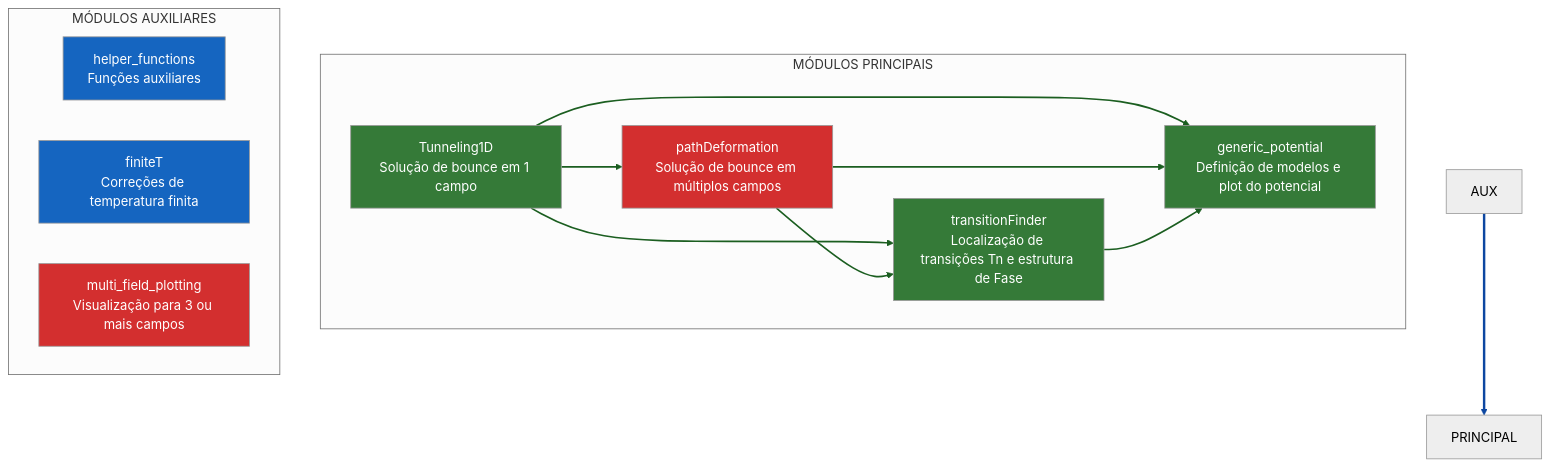
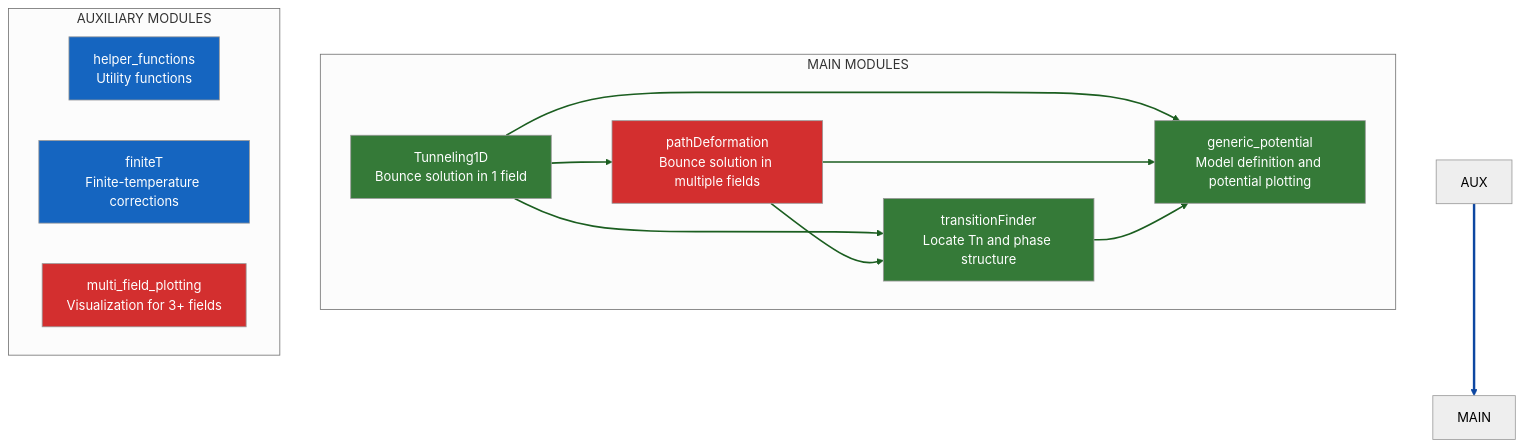
The first of 3 diagrams in README.md (IgorStellet/GW_FOPT_Simulation), drawn with Mermaid (neutral theme) before and after one commit. The commit also changed other lines of this file, not shown here.

````diff
--- a/README.md
+++ b/README.md
@@ -19,44 +25,44 @@
 ```mermaid
 graph TD
-    %% ========== MÓDULOS PRINCIPAIS ==========
-    subgraph "MÓDULOS PRINCIPAIS"
-        T1D[Tunneling1D<br/>Solução de bounce em 1 campo]
-        PD[pathDeformation<br/>Solução de bounce em múltiplos campos]
-        TF[transitionFinder<br/>Localização de transições Tn e estrutura de Fase]
-        GP[generic_potential<br/>Definição de modelos e plot do potencial]
+    %% ========== MAIN MODULES ==========
+    subgraph "MAIN MODULES"
+        T1D[Tunneling1D<br/>Bounce solution in 1 field]
+        PD[pathDeformation<br/>Bounce solution in multiple fields]
+        TF[transitionFinder<br/>Locate Tn and phase structure]
+        GP[generic_potential<br/>Model definition and potential plotting]
         
         T1D --> PD
         T1D --> TF
         T1D --> GP
         PD --> TF
         PD --> GP
         TF --> GP
     end
 
-    %% ========== MÓDULOS AUXILIARES ==========
-    subgraph "MÓDULOS AUXILIARES"
-        HF[helper_functions<br/>Funções auxiliares]
-        FT[finiteT<br/>Correções de temperatura finita]
-        MFP[multi_field_plotting<br/>Visualização para 3 ou mais campos]
+    %% ========== AUXILIARY MODULES ==========
+    subgraph "AUXILIARY MODULES"
+        HF[helper_functions<br/>Utility functions]
+        FT[finiteT<br/>Finite-temperature corrections]
+        MFP[multi_field_plotting<br/>Visualization for 3+ fields]
     end
 
-    %% ========== DEPENDÊNCIAS ==========
-    AUX --> PRINCIPAL
+    %% ========== DEPENDENCIES ==========
+    AUX --> MAIN
     
-    %% ========== ESTILOS ==========
+    %% ========== STYLES ==========
     style T1D fill:#357a38,color:white
     style PD fill:#d32f2f,color:white
     style TF fill:#357a38,color:white
     style GP fill:#357a38,color:white
     style HF fill:#1565c0,color:white
     style FT fill:#1565c0,color:white
     style MFP fill:#d32f2f,color:white
     
     linkStyle 0 stroke:#1b5e20,stroke-width:2px
     linkStyle 1 stroke:#1b5e20,stroke-width:2px
     linkStyle 2 stroke:#1b5e20,stroke-width:2px
     linkStyle 3 stroke:#1b5e20,stroke-width:2px
     linkStyle 4 stroke:#1b5e20,stroke-width:2px
     linkStyle 5 stroke:#1b5e20,stroke-width:2px
     linkStyle 6 stroke:#0d47a1,stroke-width:3px
 ```
````
